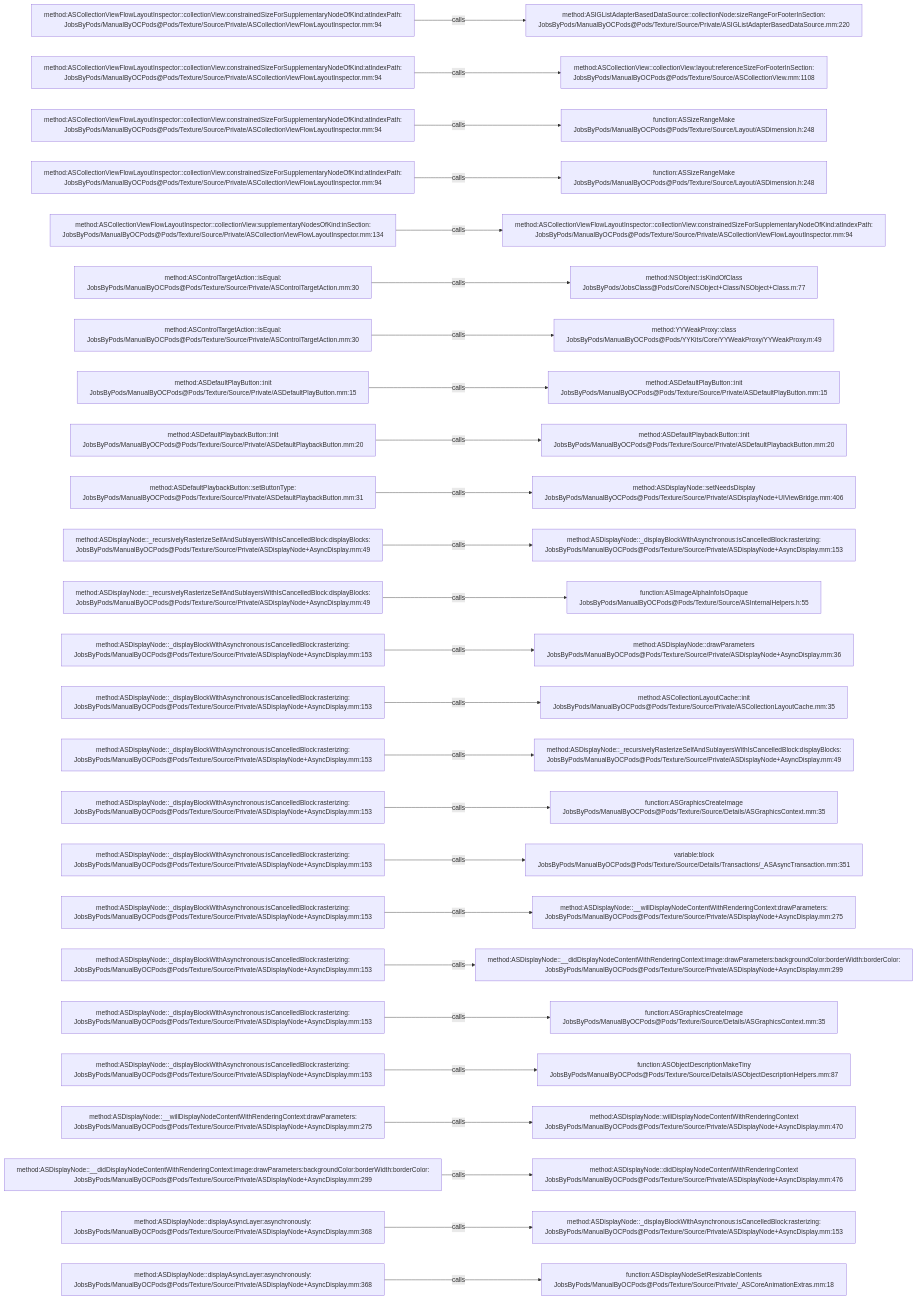
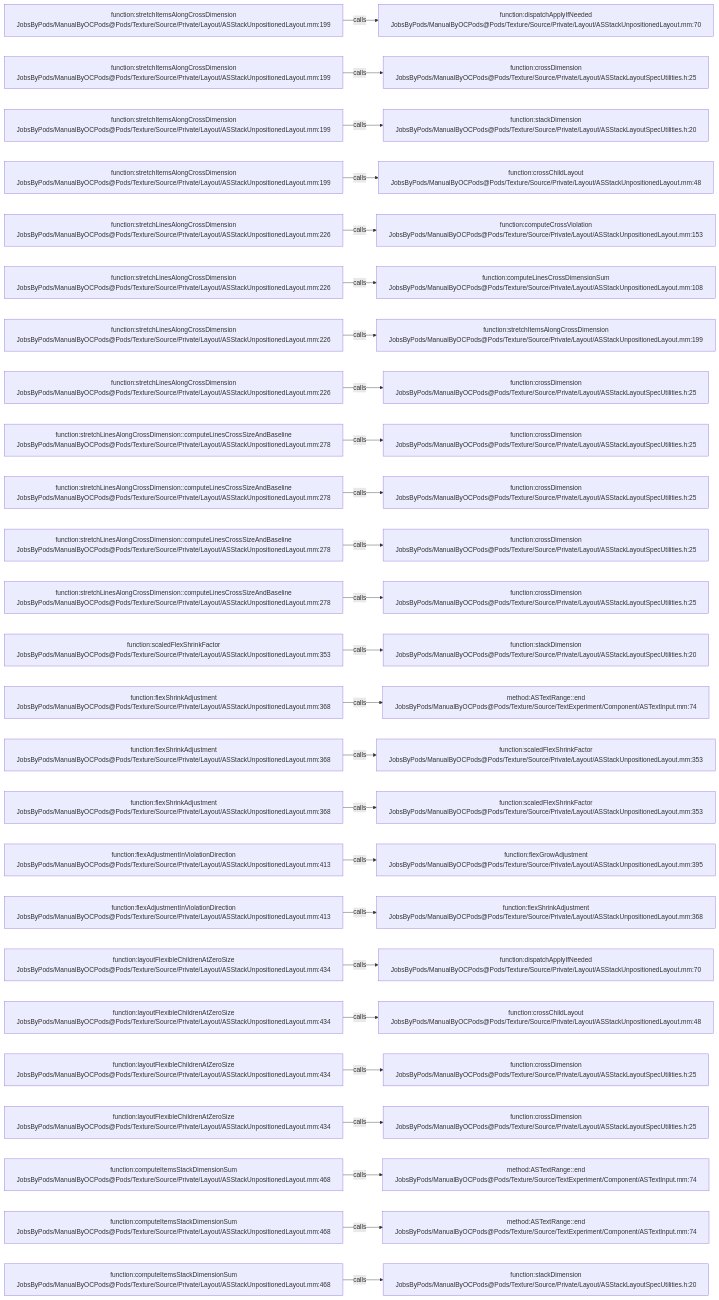
Before and after one commit to JobsKits/JobsOCBaseConfigDemo: the diagram in .codegraph/codegraph.md/graphs/calls-178.md, drawn with Mermaid. The commit also changed 2723 other files, not shown here.

````diff
--- a/.codegraph/codegraph.md/graphs/calls-178.md
+++ b/.codegraph/codegraph.md/graphs/calls-178.md
@@ -13,78 +13,78 @@
 ```mermaid
 flowchart LR
-  S1["method:ASCollectionViewFlowLayoutInspector::collectionView:constrainedSizeForSupplementaryNodeOfKind:atIndexPath:<br/>JobsByPods/ManualByOCPods@Pods/Texture/Source/Private/ASCollectionViewFlowLayoutInspector.mm:94"]
-  T1["method:ASIGListAdapterBasedDataSource::collectionNode:sizeRangeForFooterInSection:<br/>JobsByPods/ManualByOCPods@Pods/Texture/Source/Private/ASIGListAdapterBasedDataSource.mm:220"]
+  S1["function:stretchItemsAlongCrossDimension<br/>JobsByPods/ManualByOCPods@Pods/Texture/Source/Private/Layout/ASStackUnpositionedLayout.mm:199"]
+  T1["function:dispatchApplyIfNeeded<br/>JobsByPods/ManualByOCPods@Pods/Texture/Source/Private/Layout/ASStackUnpositionedLayout.mm:70"]
   S1 -->|calls| T1
-  S2["method:ASCollectionViewFlowLayoutInspector::collectionView:constrainedSizeForSupplementaryNodeOfKind:atIndexPath:<br/>JobsByPods/ManualByOCPods@Pods/Texture/Source/Private/ASCollectionViewFlowLayoutInspector.mm:94"]
-  T2["method:ASCollectionView::collectionView:layout:referenceSizeForFooterInSection:<br/>JobsByPods/ManualByOCPods@Pods/Texture/Source/ASCollectionView.mm:1108"]
+  S2["function:stretchItemsAlongCrossDimension<br/>JobsByPods/ManualByOCPods@Pods/Texture/Source/Private/Layout/ASStackUnpositionedLayout.mm:199"]
+  T2["function:crossDimension<br/>JobsByPods/ManualByOCPods@Pods/Texture/Source/Private/Layout/ASStackLayoutSpecUtilities.h:25"]
   S2 -->|calls| T2
-  S3["method:ASCollectionViewFlowLayoutInspector::collectionView:constrainedSizeForSupplementaryNodeOfKind:atIndexPath:<br/>JobsByPods/ManualByOCPods@Pods/Texture/Source/Private/ASCollectionViewFlowLayoutInspector.mm:94"]
-  T3["function:ASSizeRangeMake<br/>JobsByPods/ManualByOCPods@Pods/Texture/Source/Layout/ASDimension.h:248"]
+  S3["function:stretchItemsAlongCrossDimension<br/>JobsByPods/ManualByOCPods@Pods/Texture/Source/Private/Layout/ASStackUnpositionedLayout.mm:199"]
+  T3["function:stackDimension<br/>JobsByPods/ManualByOCPods@Pods/Texture/Source/Private/Layout/ASStackLayoutSpecUtilities.h:20"]
   S3 -->|calls| T3
-  S4["method:ASCollectionViewFlowLayoutInspector::collectionView:constrainedSizeForSupplementaryNodeOfKind:atIndexPath:<br/>JobsByPods/ManualByOCPods@Pods/Texture/Source/Private/ASCollectionViewFlowLayoutInspector.mm:94"]
-  T4["function:ASSizeRangeMake<br/>JobsByPods/ManualByOCPods@Pods/Texture/Source/Layout/ASDimension.h:248"]
+  S4["function:stretchItemsAlongCrossDimension<br/>JobsByPods/ManualByOCPods@Pods/Texture/Source/Private/Layout/ASStackUnpositionedLayout.mm:199"]
+  T4["function:crossChildLayout<br/>JobsByPods/ManualByOCPods@Pods/Texture/Source/Private/Layout/ASStackUnpositionedLayout.mm:48"]
   S4 -->|calls| T4
-  S5["method:ASCollectionViewFlowLayoutInspector::collectionView:supplementaryNodesOfKind:inSection:<br/>JobsByPods/ManualByOCPods@Pods/Texture/Source/Private/ASCollectionViewFlowLayoutInspector.mm:134"]
-  T5["method:ASCollectionViewFlowLayoutInspector::collectionView:constrainedSizeForSupplementaryNodeOfKind:atIndexPath:<br/>JobsByPods/ManualByOCPods@Pods/Texture/Source/Private/ASCollectionViewFlowLayoutInspector.mm:94"]
+  S5["function:stretchLinesAlongCrossDimension<br/>JobsByPods/ManualByOCPods@Pods/Texture/Source/Private/Layout/ASStackUnpositionedLayout.mm:226"]
+  T5["function:computeCrossViolation<br/>JobsByPods/ManualByOCPods@Pods/Texture/Source/Private/Layout/ASStackUnpositionedLayout.mm:153"]
   S5 -->|calls| T5
-  S6["method:ASControlTargetAction::isEqual:<br/>JobsByPods/ManualByOCPods@Pods/Texture/Source/Private/ASControlTargetAction.mm:30"]
-  T6["method:NSObject::isKindOfClass<br/>JobsByPods/JobsClass@Pods/Core/NSObject+Class/NSObject+Class.m:77"]
+  S6["function:stretchLinesAlongCrossDimension<br/>JobsByPods/ManualByOCPods@Pods/Texture/Source/Private/Layout/ASStackUnpositionedLayout.mm:226"]
+  T6["function:computeLinesCrossDimensionSum<br/>JobsByPods/ManualByOCPods@Pods/Texture/Source/Private/Layout/ASStackUnpositionedLayout.mm:108"]
   S6 -->|calls| T6
-  S7["method:ASControlTargetAction::isEqual:<br/>JobsByPods/ManualByOCPods@Pods/Texture/Source/Private/ASControlTargetAction.mm:30"]
-  T7["method:YYWeakProxy::class<br/>JobsByPods/ManualByOCPods@Pods/YYKits/Core/YYWeakProxy/YYWeakProxy.m:49"]
+  S7["function:stretchLinesAlongCrossDimension<br/>JobsByPods/ManualByOCPods@Pods/Texture/Source/Private/Layout/ASStackUnpositionedLayout.mm:226"]
+  T7["function:stretchItemsAlongCrossDimension<br/>JobsByPods/ManualByOCPods@Pods/Texture/Source/Private/Layout/ASStackUnpositionedLayout.mm:199"]
   S7 -->|calls| T7
-  S8["method:ASDefaultPlayButton::init<br/>JobsByPods/ManualByOCPods@Pods/Texture/Source/Private/ASDefaultPlayButton.mm:15"]
-  T8["method:ASDefaultPlayButton::init<br/>JobsByPods/ManualByOCPods@Pods/Texture/Source/Private/ASDefaultPlayButton.mm:15"]
+  S8["function:stretchLinesAlongCrossDimension<br/>JobsByPods/ManualByOCPods@Pods/Texture/Source/Private/Layout/ASStackUnpositionedLayout.mm:226"]
+  T8["function:crossDimension<br/>JobsByPods/ManualByOCPods@Pods/Texture/Source/Private/Layout/ASStackLayoutSpecUtilities.h:25"]
   S8 -->|calls| T8
-  S9["method:ASDefaultPlaybackButton::init<br/>JobsByPods/ManualByOCPods@Pods/Texture/Source/Private/ASDefaultPlaybackButton.mm:20"]
-  T9["method:ASDefaultPlaybackButton::init<br/>JobsByPods/ManualByOCPods@Pods/Texture/Source/Private/ASDefaultPlaybackButton.mm:20"]
+  S9["function:stretchLinesAlongCrossDimension::computeLinesCrossSizeAndBaseline<br/>JobsByPods/ManualByOCPods@Pods/Texture/Source/Private/Layout/ASStackUnpositionedLayout.mm:278"]
+  T9["function:crossDimension<br/>JobsByPods/ManualByOCPods@Pods/Texture/Source/Private/Layout/ASStackLayoutSpecUtilities.h:25"]
   S9 -->|calls| T9
-  S10["method:ASDefaultPlaybackButton::setButtonType:<br/>JobsByPods/ManualByOCPods@Pods/Texture/Source/Private/ASDefaultPlaybackButton.mm:31"]
-  T10["method:ASDisplayNode::setNeedsDisplay<br/>JobsByPods/ManualByOCPods@Pods/Texture/Source/Private/ASDisplayNode+UIViewBridge.mm:406"]
+  S10["function:stretchLinesAlongCrossDimension::computeLinesCrossSizeAndBaseline<br/>JobsByPods/ManualByOCPods@Pods/Texture/Source/Private/Layout/ASStackUnpositionedLayout.mm:278"]
+  T10["function:crossDimension<br/>JobsByPods/ManualByOCPods@Pods/Texture/Source/Private/Layout/ASStackLayoutSpecUtilities.h:25"]
   S10 -->|calls| T10
-  S11["method:ASDisplayNode::_recursivelyRasterizeSelfAndSublayersWithIsCancelledBlock:displayBlocks:<br/>JobsByPods/ManualByOCPods@Pods/Texture/Source/Private/ASDisplayNode+AsyncDisplay.mm:49"]
-  T11["method:ASDisplayNode::_displayBlockWithAsynchronous:isCancelledBlock:rasterizing:<br/>JobsByPods/ManualByOCPods@Pods/Texture/Source/Private/ASDisplayNode+AsyncDisplay.mm:153"]
+  S11["function:stretchLinesAlongCrossDimension::computeLinesCrossSizeAndBaseline<br/>JobsByPods/ManualByOCPods@Pods/Texture/Source/Private/Layout/ASStackUnpositionedLayout.mm:278"]
+  T11["function:crossDimension<br/>JobsByPods/ManualByOCPods@Pods/Texture/Source/Private/Layout/ASStackLayoutSpecUtilities.h:25"]
   S11 -->|calls| T11
-  S12["method:ASDisplayNode::_recursivelyRasterizeSelfAndSublayersWithIsCancelledBlock:displayBlocks:<br/>JobsByPods/ManualByOCPods@Pods/Texture/Source/Private/ASDisplayNode+AsyncDisplay.mm:49"]
-  T12["function:ASImageAlphaInfoIsOpaque<br/>JobsByPods/ManualByOCPods@Pods/Texture/Source/ASInternalHelpers.h:55"]
+  S12["function:stretchLinesAlongCrossDimension::computeLinesCrossSizeAndBaseline<br/>JobsByPods/ManualByOCPods@Pods/Texture/Source/Private/Layout/ASStackUnpositionedLayout.mm:278"]
+  T12["function:crossDimension<br/>JobsByPods/ManualByOCPods@Pods/Texture/Source/Private/Layout/ASStackLayoutSpecUtilities.h:25"]
   S12 -->|calls| T12
-  S13["method:ASDisplayNode::_displayBlockWithAsynchronous:isCancelledBlock:rasterizing:<br/>JobsByPods/ManualByOCPods@Pods/Texture/Source/Private/ASDisplayNode+AsyncDisplay.mm:153"]
-  T13["method:ASDisplayNode::drawParameters<br/>JobsByPods/ManualByOCPods@Pods/Texture/Source/Private/ASDisplayNode+AsyncDisplay.mm:36"]
+  S13["function:scaledFlexShrinkFactor<br/>JobsByPods/ManualByOCPods@Pods/Texture/Source/Private/Layout/ASStackUnpositionedLayout.mm:353"]
+  T13["function:stackDimension<br/>JobsByPods/ManualByOCPods@Pods/Texture/Source/Private/Layout/ASStackLayoutSpecUtilities.h:20"]
   S13 -->|calls| T13
-  S14["method:ASDisplayNode::_displayBlockWithAsynchronous:isCancelledBlock:rasterizing:<br/>JobsByPods/ManualByOCPods@Pods/Texture/Source/Private/ASDisplayNode+AsyncDisplay.mm:153"]
-  T14["method:ASCollectionLayoutCache::init<br/>JobsByPods/ManualByOCPods@Pods/Texture/Source/Private/ASCollectionLayoutCache.mm:35"]
+  S14["function:flexShrinkAdjustment<br/>JobsByPods/ManualByOCPods@Pods/Texture/Source/Private/Layout/ASStackUnpositionedLayout.mm:368"]
+  T14["method:ASTextRange::end<br/>JobsByPods/ManualByOCPods@Pods/Texture/Source/TextExperiment/Component/ASTextInput.mm:74"]
   S14 -->|calls| T14
-  S15["method:ASDisplayNode::_displayBlockWithAsynchronous:isCancelledBlock:rasterizing:<br/>JobsByPods/ManualByOCPods@Pods/Texture/Source/Private/ASDisplayNode+AsyncDisplay.mm:153"]
-  T15["method:ASDisplayNode::_recursivelyRasterizeSelfAndSublayersWithIsCancelledBlock:displayBlocks:<br/>JobsByPods/ManualByOCPods@Pods/Texture/Source/Private/ASDisplayNode+AsyncDisplay.mm:49"]
+  S15["function:flexShrinkAdjustment<br/>JobsByPods/ManualByOCPods@Pods/Texture/Source/Private/Layout/ASStackUnpositionedLayout.mm:368"]
+  T15["function:scaledFlexShrinkFactor<br/>JobsByPods/ManualByOCPods@Pods/Texture/Source/Private/Layout/ASStackUnpositionedLayout.mm:353"]
   S15 -->|calls| T15
-  S16["method:ASDisplayNode::_displayBlockWithAsynchronous:isCancelledBlock:rasterizing:<br/>JobsByPods/ManualByOCPods@Pods/Texture/Source/Private/ASDisplayNode+AsyncDisplay.mm:153"]
-  T16["function:ASGraphicsCreateImage<br/>JobsByPods/ManualByOCPods@Pods/Texture/Source/Details/ASGraphicsContext.mm:35"]
+  S16["function:flexShrinkAdjustment<br/>JobsByPods/ManualByOCPods@Pods/Texture/Source/Private/Layout/ASStackUnpositionedLayout.mm:368"]
+  T16["function:scaledFlexShrinkFactor<br/>JobsByPods/ManualByOCPods@Pods/Texture/Source/Private/Layout/ASStackUnpositionedLayout.mm:353"]
   S16 -->|calls| T16
-  S17["method:ASDisplayNode::_displayBlockWithAsynchronous:isCancelledBlock:rasterizing:<br/>JobsByPods/ManualByOCPods@Pods/Texture/Source/Private/ASDisplayNode+AsyncDisplay.mm:153"]
-  T17["variable:block<br/>JobsByPods/ManualByOCPods@Pods/Texture/Source/Details/Transactions/_ASAsyncTransaction.mm:351"]
+  S17["function:flexAdjustmentInViolationDirection<br/>JobsByPods/ManualByOCPods@Pods/Texture/Source/Private/Layout/ASStackUnpositionedLayout.mm:413"]
+  T17["function:flexGrowAdjustment<br/>JobsByPods/ManualByOCPods@Pods/Texture/Source/Private/Layout/ASStackUnpositionedLayout.mm:395"]
   S17 -->|calls| T17
-  S18["method:ASDisplayNode::_displayBlockWithAsynchronous:isCancelledBlock:rasterizing:<br/>JobsByPods/ManualByOCPods@Pods/Texture/Source/Private/ASDisplayNode+AsyncDisplay.mm:153"]
-  T18["method:ASDisplayNode::__willDisplayNodeContentWithRenderingContext:drawParameters:<br/>JobsByPods/ManualByOCPods@Pods/Texture/Source/Private/ASDisplayNode+AsyncDisplay.mm:275"]
+  S18["function:flexAdjustmentInViolationDirection<br/>JobsByPods/ManualByOCPods@Pods/Texture/Source/Private/Layout/ASStackUnpositionedLayout.mm:413"]
+  T18["function:flexShrinkAdjustment<br/>JobsByPods/ManualByOCPods@Pods/Texture/Source/Private/Layout/ASStackUnpositionedLayout.mm:368"]
   S18 -->|calls| T18
-  S19["method:ASDisplayNode::_displayBlockWithAsynchronous:isCancelledBlock:rasterizing:<br/>JobsByPods/ManualByOCPods@Pods/Texture/Source/Private/ASDisplayNode+AsyncDisplay.mm:153"]
-  T19["method:ASDisplayNode::__didDisplayNodeContentWithRenderingContext:image:drawParameters:backgroundColor:borderWidth:borderColor:<br/>JobsByPods/ManualByOCPods@Pods/Texture/Source/Private/ASDisplayNode+AsyncDisplay.mm:299"]
+  S19["function:layoutFlexibleChildrenAtZeroSize<br/>JobsByPods/ManualByOCPods@Pods/Texture/Source/Private/Layout/ASStackUnpositionedLayout.mm:434"]
+  T19["function:dispatchApplyIfNeeded<br/>JobsByPods/ManualByOCPods@Pods/Texture/Source/Private/Layout/ASStackUnpositionedLayout.mm:70"]
   S19 -->|calls| T19
-  S20["method:ASDisplayNode::_displayBlockWithAsynchronous:isCancelledBlock:rasterizing:<br/>JobsByPods/ManualByOCPods@Pods/Texture/Source/Private/ASDisplayNode+AsyncDisplay.mm:153"]
-  T20["function:ASGraphicsCreateImage<br/>JobsByPods/ManualByOCPods@Pods/Texture/Source/Details/ASGraphicsContext.mm:35"]
+  S20["function:layoutFlexibleChildrenAtZeroSize<br/>JobsByPods/ManualByOCPods@Pods/Texture/Source/Private/Layout/ASStackUnpositionedLayout.mm:434"]
+  T20["function:crossChildLayout<br/>JobsByPods/ManualByOCPods@Pods/Texture/Source/Private/Layout/ASStackUnpositionedLayout.mm:48"]
   S20 -->|calls| T20
-  S21["method:ASDisplayNode::_displayBlockWithAsynchronous:isCancelledBlock:rasterizing:<br/>JobsByPods/ManualByOCPods@Pods/Texture/Source/Private/ASDisplayNode+AsyncDisplay.mm:153"]
-  T21["function:ASObjectDescriptionMakeTiny<br/>JobsByPods/ManualByOCPods@Pods/Texture/Source/Details/ASObjectDescriptionHelpers.mm:87"]
+  S21["function:layoutFlexibleChildrenAtZeroSize<br/>JobsByPods/ManualByOCPods@Pods/Texture/Source/Private/Layout/ASStackUnpositionedLayout.mm:434"]
+  T21["function:crossDimension<br/>JobsByPods/ManualByOCPods@Pods/Texture/Source/Private/Layout/ASStackLayoutSpecUtilities.h:25"]
   S21 -->|calls| T21
-  S22["method:ASDisplayNode::__willDisplayNodeContentWithRenderingContext:drawParameters:<br/>JobsByPods/ManualByOCPods@Pods/Texture/Source/Private/ASDisplayNode+AsyncDisplay.mm:275"]
-  T22["method:ASDisplayNode::willDisplayNodeContentWithRenderingContext<br/>JobsByPods/ManualByOCPods@Pods/Texture/Source/Private/ASDisplayNode+AsyncDisplay.mm:470"]
+  S22["function:layoutFlexibleChildrenAtZeroSize<br/>JobsByPods/ManualByOCPods@Pods/Texture/Source/Private/Layout/ASStackUnpositionedLayout.mm:434"]
+  T22["function:crossDimension<br/>JobsByPods/ManualByOCPods@Pods/Texture/Source/Private/Layout/ASStackLayoutSpecUtilities.h:25"]
   S22 -->|calls| T22
-  S23["method:ASDisplayNode::__didDisplayNodeContentWithRenderingContext:image:drawParameters:backgroundColor:borderWidth:borderColor:<br/>JobsByPods/ManualByOCPods@Pods/Texture/Source/Private/ASDisplayNode+AsyncDisplay.mm:299"]
-  T23["method:ASDisplayNode::didDisplayNodeContentWithRenderingContext<br/>JobsByPods/ManualByOCPods@Pods/Texture/Source/Private/ASDisplayNode+AsyncDisplay.mm:476"]
+  S23["function:computeItemsStackDimensionSum<br/>JobsByPods/ManualByOCPods@Pods/Texture/Source/Private/Layout/ASStackUnpositionedLayout.mm:468"]
+  T23["method:ASTextRange::end<br/>JobsByPods/ManualByOCPods@Pods/Texture/Source/TextExperiment/Component/ASTextInput.mm:74"]
   S23 -->|calls| T23
-  S24["method:ASDisplayNode::displayAsyncLayer:asynchronously:<br/>JobsByPods/ManualByOCPods@Pods/Texture/Source/Private/ASDisplayNode+AsyncDisplay.mm:368"]
-  T24["method:ASDisplayNode::_displayBlockWithAsynchronous:isCancelledBlock:rasterizing:<br/>JobsByPods/ManualByOCPods@Pods/Texture/Source/Private/ASDisplayNode+AsyncDisplay.mm:153"]
+  S24["function:computeItemsStackDimensionSum<br/>JobsByPods/ManualByOCPods@Pods/Texture/Source/Private/Layout/ASStackUnpositionedLayout.mm:468"]
+  T24["method:ASTextRange::end<br/>JobsByPods/ManualByOCPods@Pods/Texture/Source/TextExperiment/Component/ASTextInput.mm:74"]
   S24 -->|calls| T24
-  S25["method:ASDisplayNode::displayAsyncLayer:asynchronously:<br/>JobsByPods/ManualByOCPods@Pods/Texture/Source/Private/ASDisplayNode+AsyncDisplay.mm:368"]
-  T25["function:ASDisplayNodeSetResizableContents<br/>JobsByPods/ManualByOCPods@Pods/Texture/Source/Private/_ASCoreAnimationExtras.mm:18"]
+  S25["function:computeItemsStackDimensionSum<br/>JobsByPods/ManualByOCPods@Pods/Texture/Source/Private/Layout/ASStackUnpositionedLayout.mm:468"]
+  T25["function:stackDimension<br/>JobsByPods/ManualByOCPods@Pods/Texture/Source/Private/Layout/ASStackLayoutSpecUtilities.h:20"]
   S25 -->|calls| T25
 ```
````
